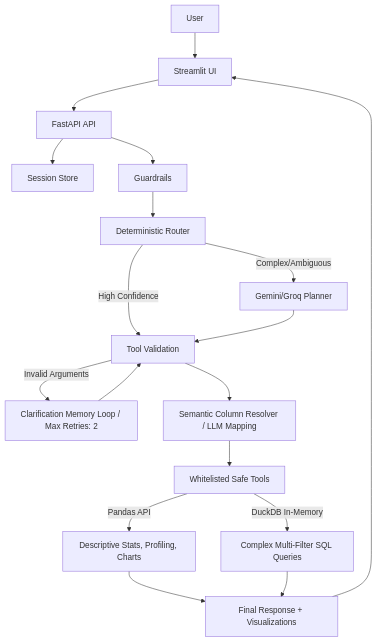
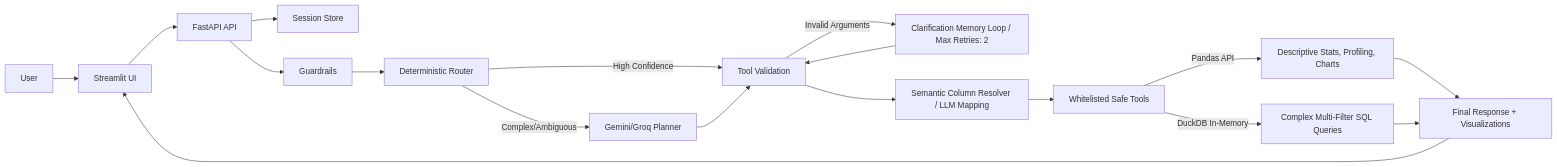
Before and after one commit to AnhPhiNe/ai-data-analyst-agent: the diagram in README.md, drawn with Mermaid. The commit also changed other lines of this file, not shown here.

Commit message:
docs: remove key architectural highlights and update diagram layout

````diff
--- a/README.md
+++ b/README.md
@@ -33,25 +17,25 @@
 ```mermaid
-flowchart TD
+flowchart LR
     U[User] --> FE[Streamlit UI]
     FE --> API[FastAPI API]
     API --> S[Session Store]
     API --> G[Guardrails]
     
     G --> R[Deterministic Router]
     R -->|High Confidence| V[Tool Validation]
     R -->|Complex/Ambiguous| L[Gemini/Groq Planner]
     
     L --> V
     V -->|Invalid Arguments| PR[Clarification Memory Loop / Max Retries: 2]
     PR --> V
     
     V --> CR[Semantic Column Resolver / LLM Mapping]
     CR --> T[Whitelisted Safe Tools]
     
     T -->|Pandas API| PA[Descriptive Stats, Profiling, Charts]
     T -->|DuckDB In-Memory| SQL[Complex Multi-Filter SQL Queries]
     
     PA --> A[Final Response + Visualizations]
     SQL --> A
     A --> FE
 ```
````
